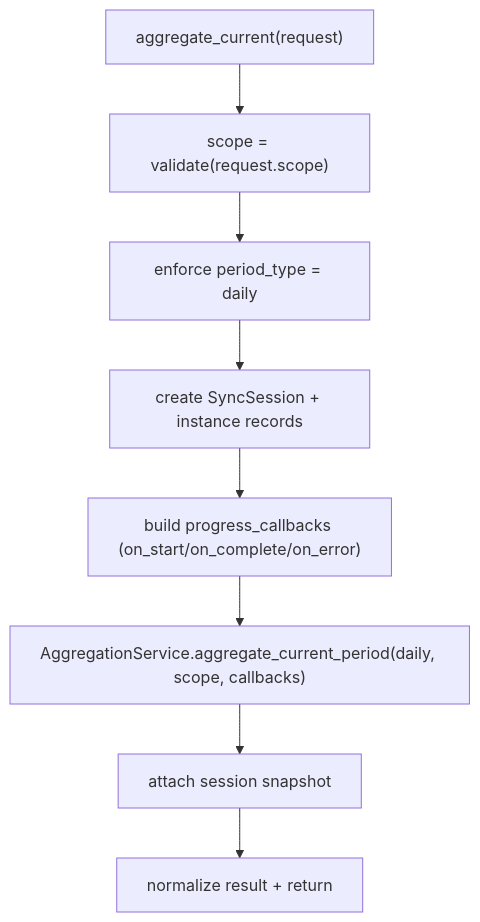
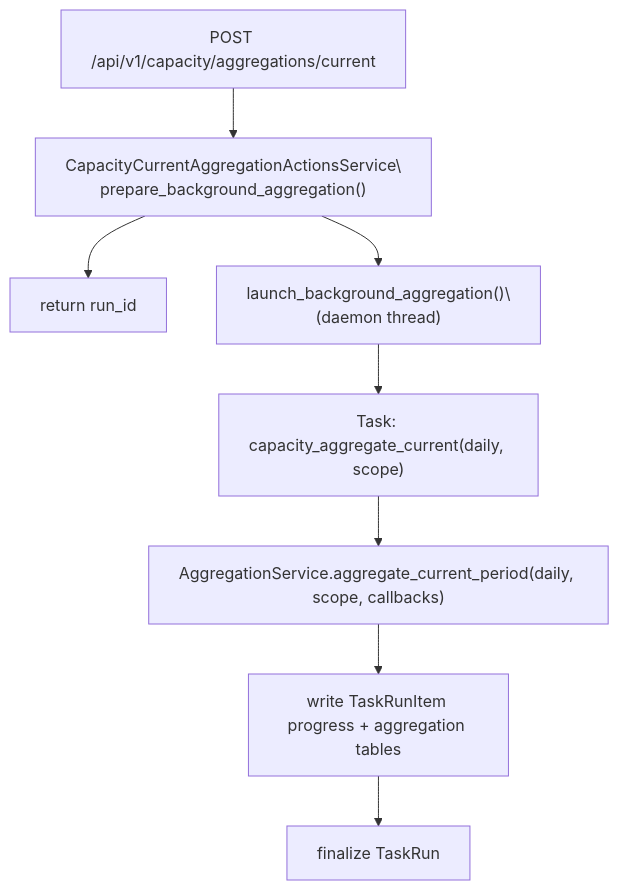
Before and after one commit to nyealovey/WhaleFall: the first of 2 diagrams in docs/Obsidian/reference/service/capacity-current-aggregation-service.md, drawn with Mermaid. The commit also changed other lines of this file and 42 other files, not shown here.

````diff
--- a/docs/Obsidian/reference/service/capacity-current-aggregation-service.md
+++ b/docs/Obsidian/reference/service/capacity-current-aggregation-service.md
@@ -60,10 +62,10 @@
 ```mermaid
 flowchart TB
-    A["aggregate_current(request)"] --> B["scope = validate(request.scope)"]
-    B --> C["enforce period_type = daily"]
-    C --> D["create SyncSession + instance records"]
-    D --> E["build progress_callbacks (on_start/on_complete/on_error)"]
+    A["POST /api/v1/capacity/aggregations/current"] --> B["CapacityCurrentAggregationActionsService\\nprepare_background_aggregation()"]
+    B --> C["return run_id"]
+    B --> D["launch_background_aggregation()\\n(daemon thread)"]
+    D --> E["Task: capacity_aggregate_current(daily, scope)"]
     E --> F["AggregationService.aggregate_current_period(daily, scope, callbacks)"]
-    F --> G["attach session snapshot"]
-    G --> H["normalize result + return"]
+    F --> G["write TaskRunItem progress + aggregation tables"]
+    G --> H["finalize TaskRun"]
 ```
````
